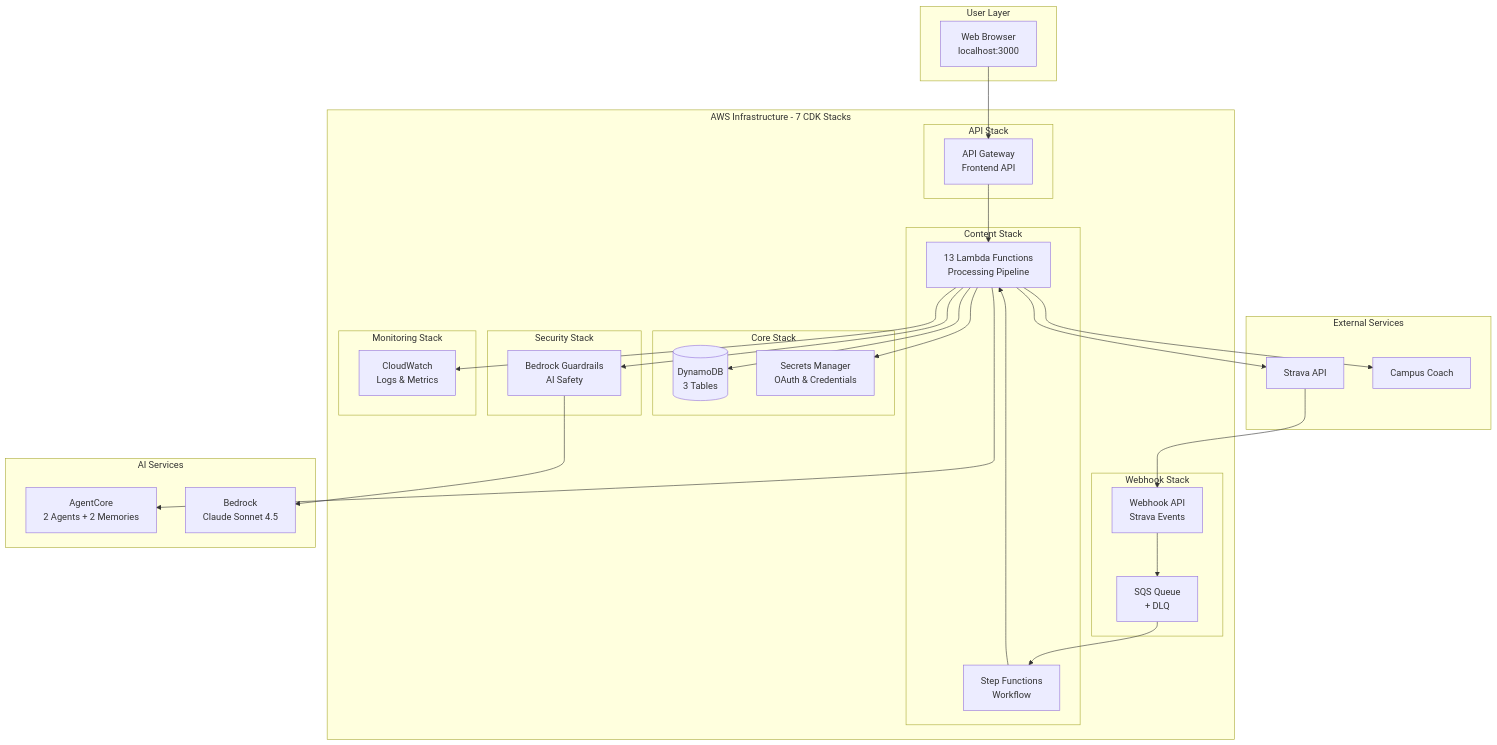
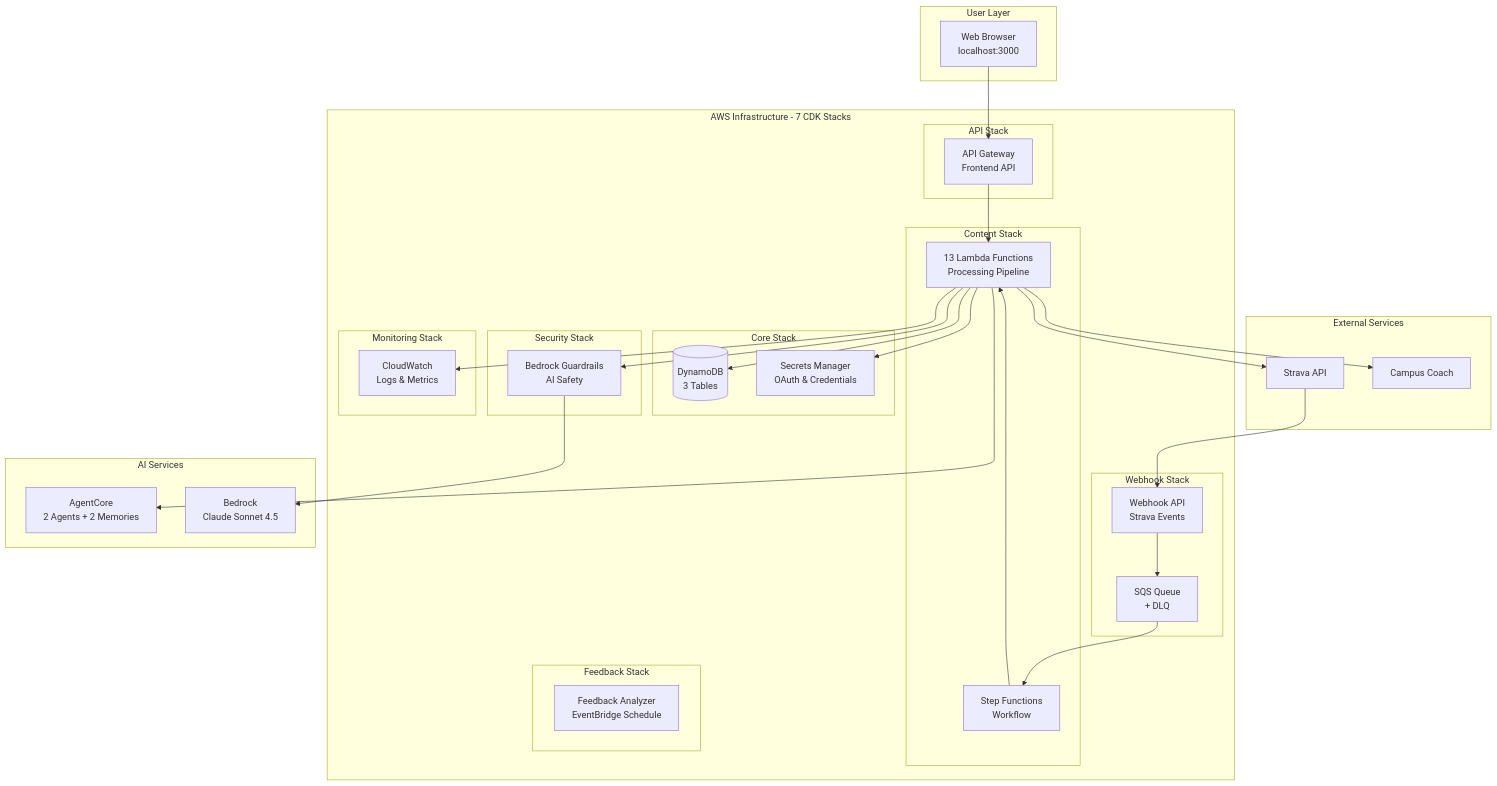
One commit to el-pedrito/strava-ai-boost changed the first of 2 diagrams in README.md. Above: the diagram before and after it, drawn with Mermaid. The commit also changed other lines of this file, not shown here.

First line of the commit message:
docs: clean up README - remove redundant sections, fix mermaid

````diff
--- a/README.md
+++ b/README.md
@@ -164,63 +153,67 @@
 ```mermaid
 graph TB
     subgraph "User Layer"
         Browser[Web Browser<br/>localhost:3000]
     end
 
     subgraph "AWS Infrastructure - 7 CDK Stacks"
         subgraph "Core Stack"
             DDB[(DynamoDB<br/>3 Tables)]
             Secrets[Secrets Manager<br/>OAuth & Credentials]
         end
 
         subgraph "Security Stack"
             Guardrails[Bedrock Guardrails<br/>AI Safety]
         end
 
         subgraph "Webhook Stack"
             WebhookAPI[Webhook API<br/>Strava Events]
             SQS[SQS Queue<br/>+ DLQ]
         end
 
         subgraph "Content Stack"
             SF[Step Functions<br/>Workflow]
             Lambda13[13 Lambda Functions<br/>Processing Pipeline]
         end
 
         subgraph "API Stack"
             APIGW[API Gateway<br/>Frontend API]
         end
 
         subgraph "Monitoring Stack"
             CW[CloudWatch<br/>Logs & Metrics]
         end
+
+        subgraph "Feedback Stack"
+            FB[Feedback Analyzer<br/>EventBridge Schedule]
+        end
     end
 
     subgraph "AI Services"
         AgentCore[AgentCore<br/>2 Agents + 2 Memories]
         Bedrock[Bedrock<br/>Claude Sonnet 4.5]
     end
 
     subgraph "External Services"
         Strava[Strava API]
         Campus[Campus Coach]
     end
 
     Browser --> APIGW
     APIGW --> Lambda13
     Lambda13 --> DDB
     Lambda13 --> Secrets
 
     Strava --> WebhookAPI
     WebhookAPI --> SQS
     SQS --> SF
     SF --> Lambda13
 
     Lambda13 --> Guardrails
     Guardrails --> Bedrock
     Lambda13 --> AgentCore
     Lambda13 --> Strava
     Lambda13 --> Campus
 
     Lambda13 --> CW
 ```
````
